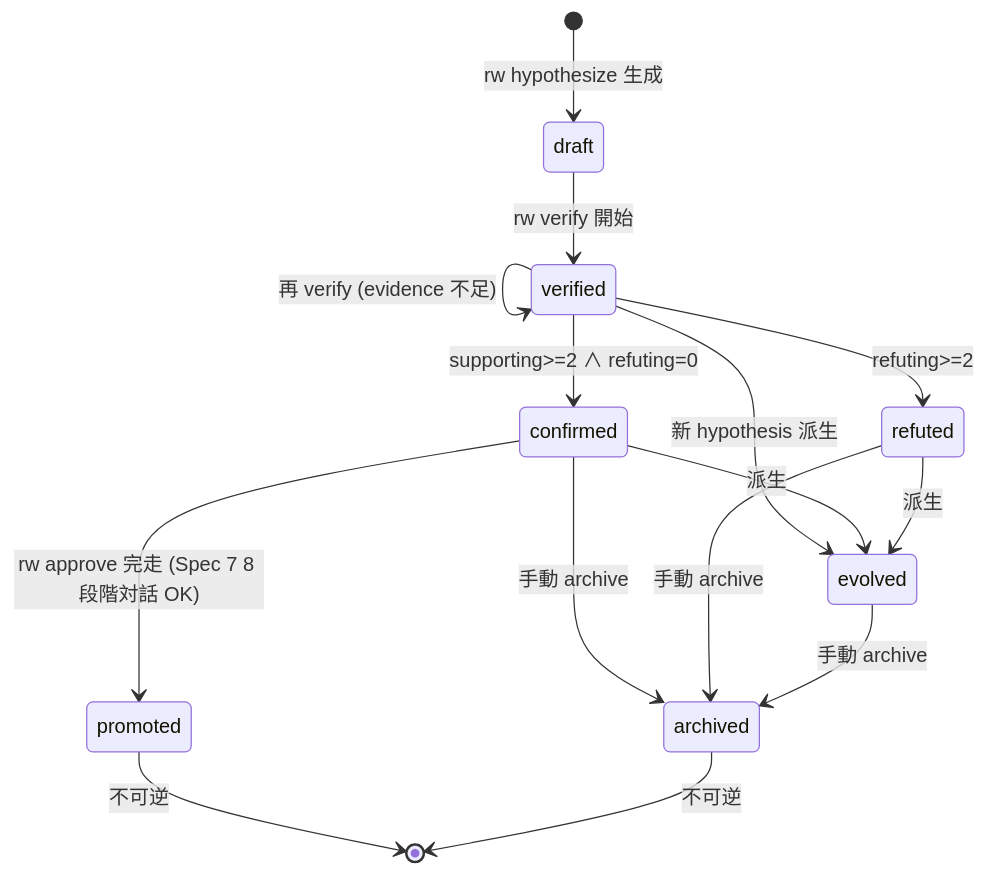
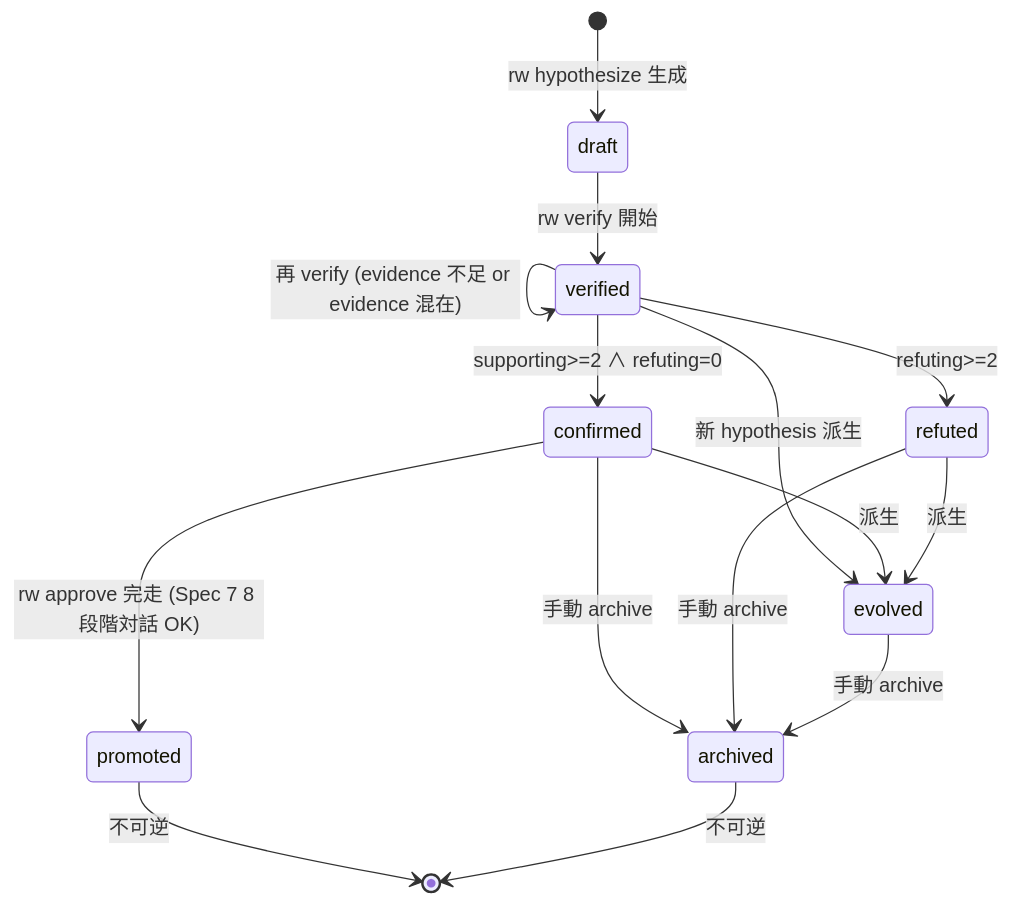
One commit to kenoogl/Rwiki-dev changed the fourth of 4 diagrams in .kiro/specs/rwiki-v2-perspective-generation/design.md. Above: the diagram before and after it, drawn with Mermaid. The commit also changed other lines of this file, not shown here.

First line of the commit message:
fix(spec-6): A-2 phase Round 2 修正 4 件 = R6.1 境界値演算子 + R4.8 halt signal interface + Mermaid 注記 + decision_type cross-spec note

````diff
--- a/.kiro/specs/rwiki-v2-perspective-generation/design.md
+++ b/.kiro/specs/rwiki-v2-perspective-generation/design.md
@@ -361,17 +362,17 @@
 ```mermaid
 stateDiagram-v2
     [*] --> draft: rw hypothesize 生成
     draft --> verified: rw verify 開始
-    verified --> verified: 再 verify (evidence 不足)
+    verified --> verified: 再 verify (evidence 不足 or evidence 混在)
     verified --> confirmed: supporting>=2 ∧ refuting=0
     verified --> refuted: refuting>=2
     verified --> evolved: 新 hypothesis 派生
     confirmed --> promoted: rw approve 完走 (Spec 7 8 段階対話 OK)
     confirmed --> archived: 手動 archive
     confirmed --> evolved: 派生
     refuted --> archived: 手動 archive
     refuted --> evolved: 派生
     evolved --> archived: 手動 archive
     promoted --> [*]: 不可逆
     archived --> [*]: 不可逆
 ```
````
